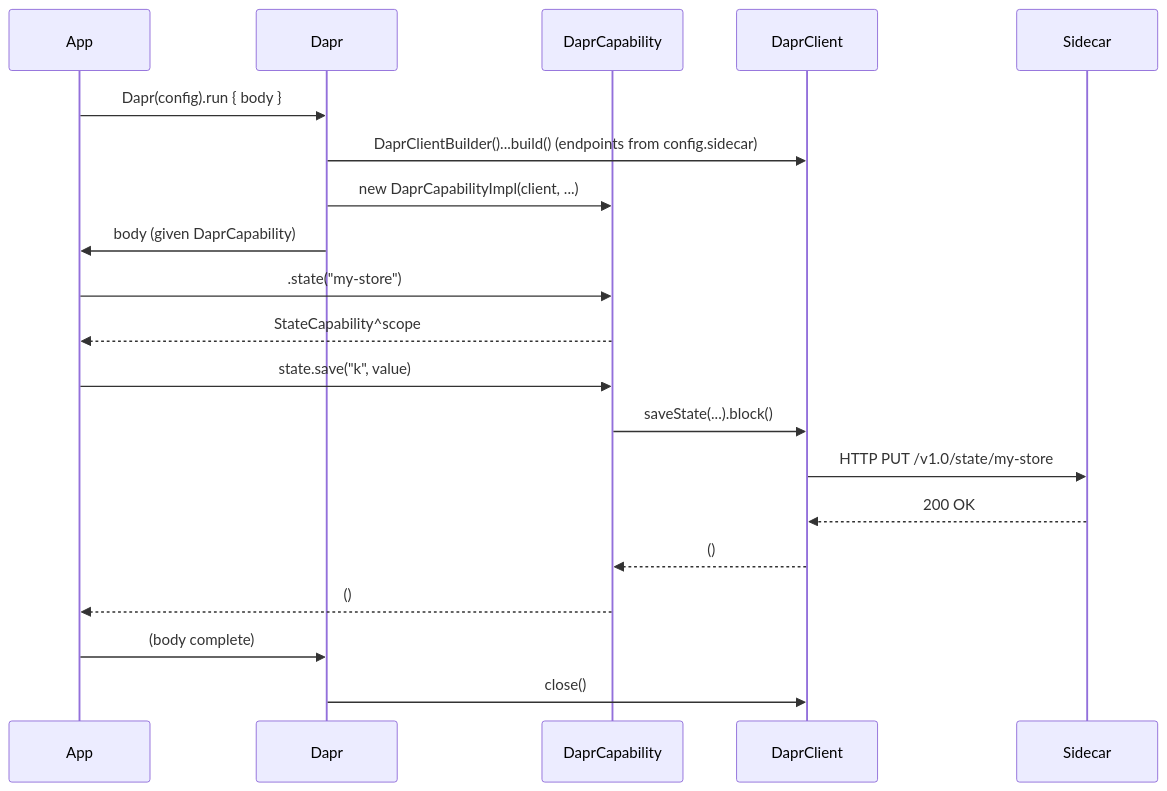
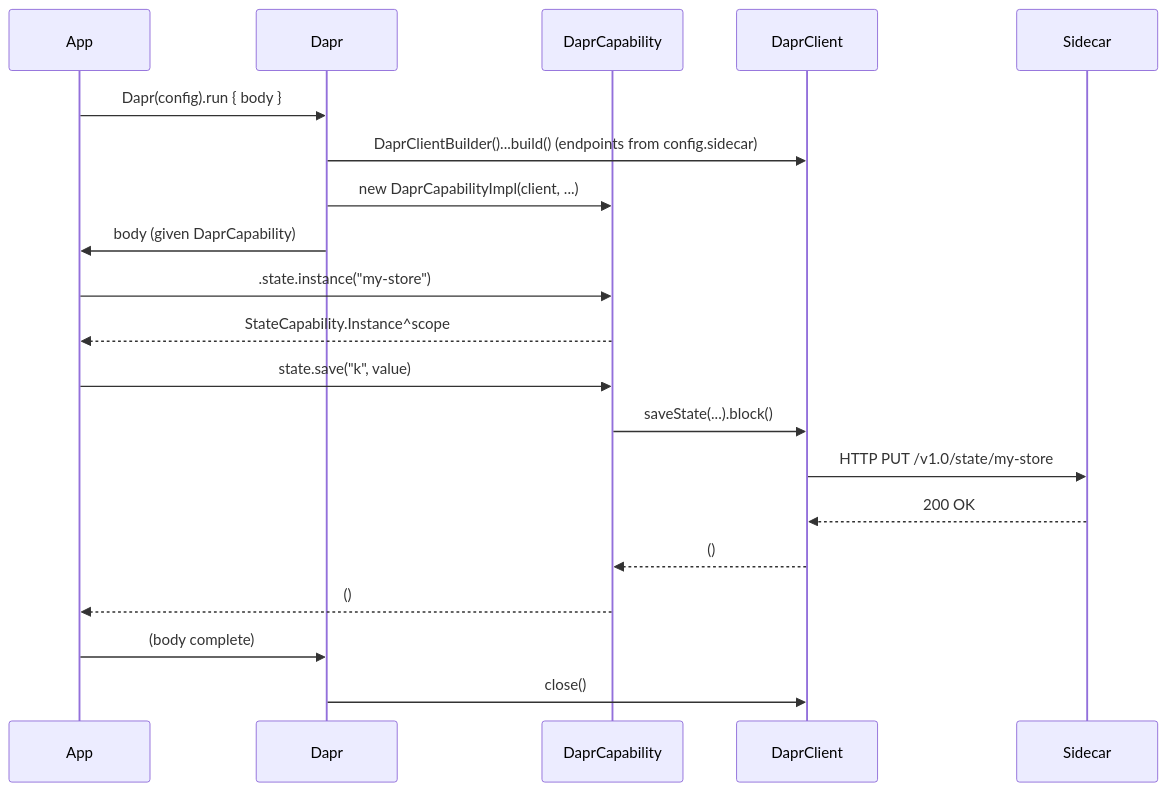
The sixth of 7 diagrams in docs/DESIGN.md (sideeffffect/dapr4s), drawn with Mermaid before and after one commit. The commit also changed other lines of this file and 297 other files, not shown here.

````diff
--- a/docs/DESIGN.md
+++ b/docs/DESIGN.md
@@ -492,23 +540,23 @@
 ```mermaid
 sequenceDiagram
     participant App
     participant Dapr
     participant DaprCapability
     participant DaprClient
     participant Sidecar
 
     App->>Dapr: Dapr(config).run { body }
     Dapr->>DaprClient: DaprClientBuilder()...build()  (endpoints from config.sidecar)
     Dapr->>DaprCapability: new DaprCapabilityImpl(client, ...)
     Dapr->>App: body (given DaprCapability)
-    App->>DaprCapability: .state("my-store")
-    DaprCapability-->>App: StateCapability^scope
+    App->>DaprCapability: .state.instance("my-store")
+    DaprCapability-->>App: StateCapability.Instance^scope
     App->>DaprCapability: state.save("k", value)
     DaprCapability->>DaprClient: saveState(...).block()
     DaprClient->>Sidecar: HTTP PUT /v1.0/state/my-store
     Sidecar-->>DaprClient: 200 OK
     DaprClient-->>DaprCapability: ()
     DaprCapability-->>App: ()
     App->>Dapr: (body complete)
     Dapr->>DaprClient: close()
 ```
````
